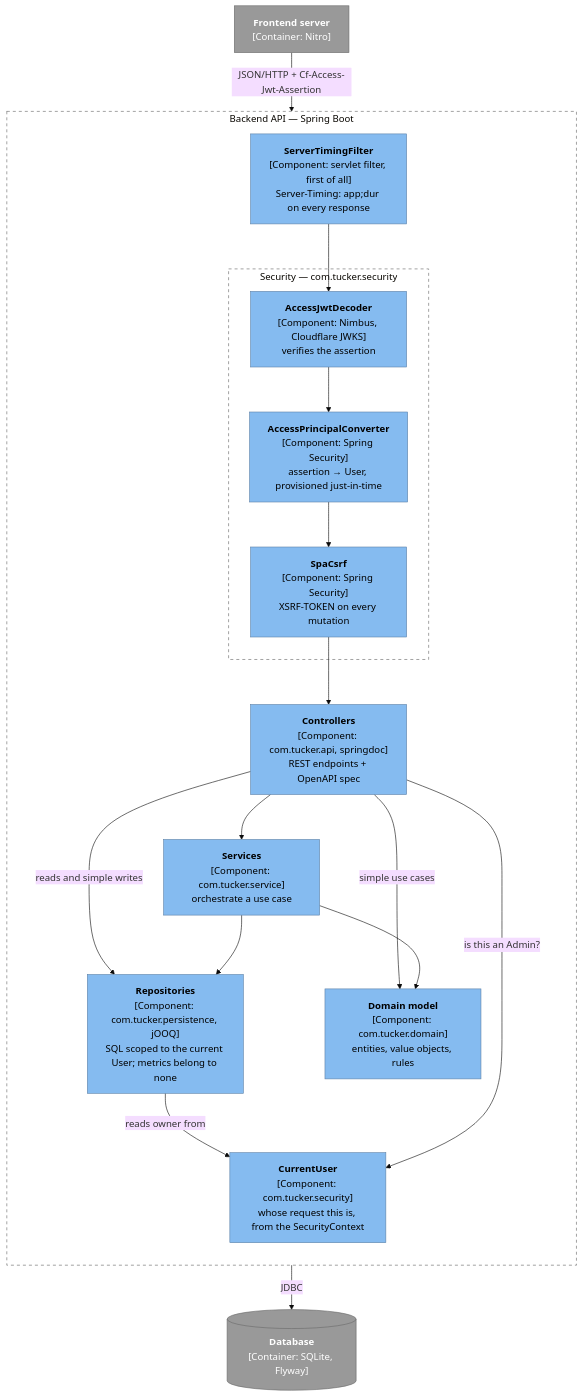
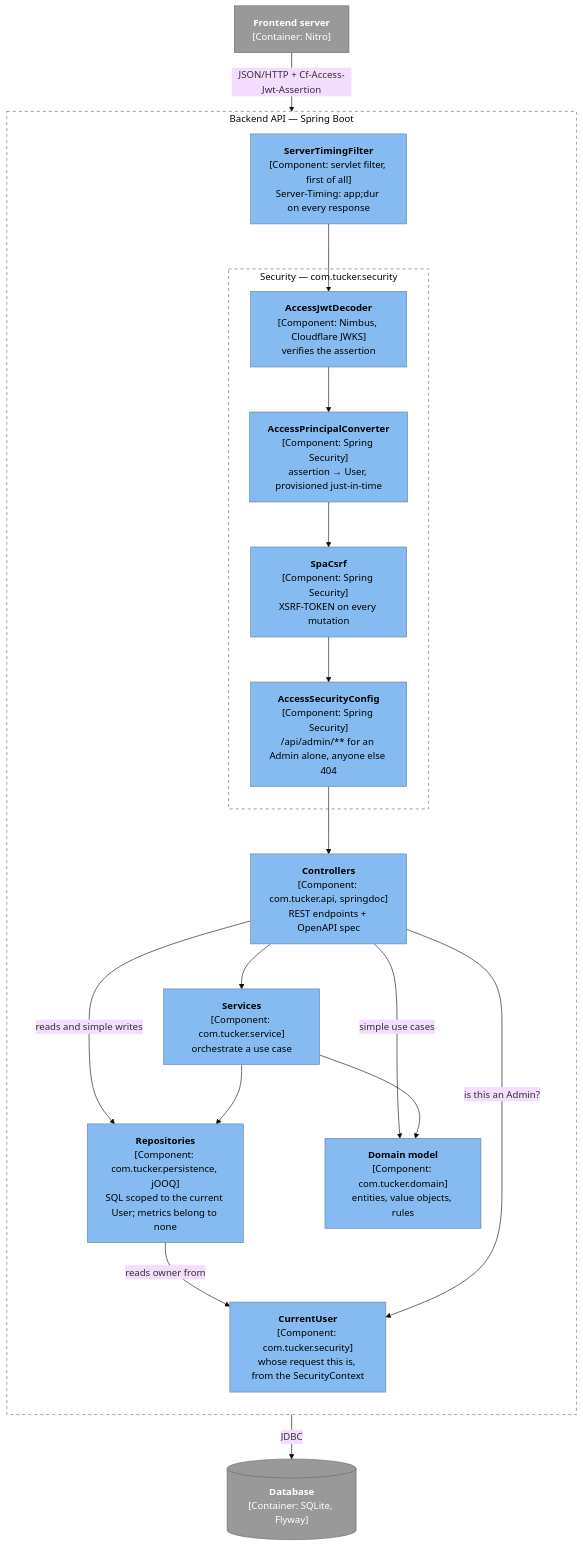
One commit to skrymer/tucker changed the fourth of 10 diagrams in docs/architecture.md. Above: the diagram before and after it, drawn with Mermaid (base theme).

Commit message:
Draw the Admin check where it now runs, in the security chain (#521)

````diff
--- a/docs/architecture.md
+++ b/docs/architecture.md
@@ -160,39 +160,41 @@
 ```mermaid
 flowchart TD
   web["<b>Frontend server</b><br/>[Container: Nitro]"]:::ext
 
   subgraph api["Backend API — Spring Boot"]
     direction TB
     timing["<b>ServerTimingFilter</b><br/>[Component: servlet filter, first of all]<br/>Server-Timing: app;dur on every response"]:::component
     subgraph sec["Security — com.tucker.security"]
       jwt["<b>AccessJwtDecoder</b><br/>[Component: Nimbus, Cloudflare JWKS]<br/>verifies the assertion"]:::component
       principal["<b>AccessPrincipalConverter</b><br/>[Component: Spring Security]<br/>assertion → User, provisioned just-in-time"]:::component
       csrf["<b>SpaCsrf</b><br/>[Component: Spring Security]<br/>XSRF-TOKEN on every mutation"]:::component
+      authz["<b>AccessSecurityConfig</b><br/>[Component: Spring Security]<br/>/api/admin/** for an Admin alone, anyone else 404"]:::component
     end
     current["<b>CurrentUser</b><br/>[Component: com.tucker.security]<br/>whose request this is, from the SecurityContext"]:::component
     controllers["<b>Controllers</b><br/>[Component: com.tucker.api, springdoc]<br/>REST endpoints + OpenAPI spec"]:::component
     services["<b>Services</b><br/>[Component: com.tucker.service]<br/>orchestrate a use case"]:::component
     domain["<b>Domain model</b><br/>[Component: com.tucker.domain]<br/>entities, value objects, rules"]:::component
     repos["<b>Repositories</b><br/>[Component: com.tucker.persistence, jOOQ]<br/>SQL scoped to the current User; metrics belong to none"]:::component
   end
   db[("<b>Database</b><br/>[Container: SQLite, Flyway]")]:::ext
 
   web -- "JSON/HTTP + Cf-Access-Jwt-Assertion" --> timing
   timing --> jwt
   jwt --> principal
   principal --> csrf
-  csrf --> controllers
+  csrf --> authz
+  authz --> controllers
   controllers --> services
   controllers -- "reads and simple writes" --> repos
   controllers -- "simple use cases" --> domain
   services --> domain
   services --> repos
   repos -- "reads owner from" --> current
   controllers -- "is this an Admin?" --> current
   repos -- "JDBC" --> db
 
   classDef component fill:#85bbf0,color:#000,stroke:#5d82a8
   classDef ext fill:#999,color:#fff,stroke:#6b6b6b
   style api fill:none,stroke:#666,stroke-dasharray:5 5
   style sec fill:none,stroke:#666,stroke-dasharray:5 5
 ```
````
